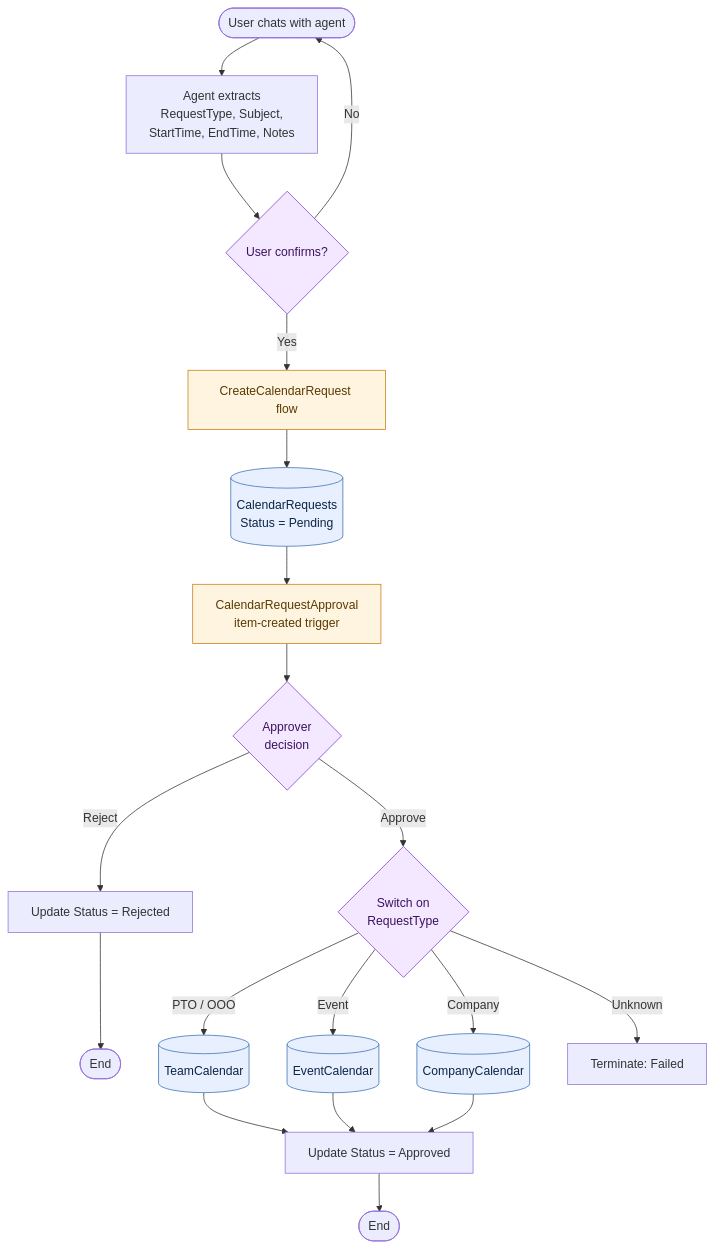
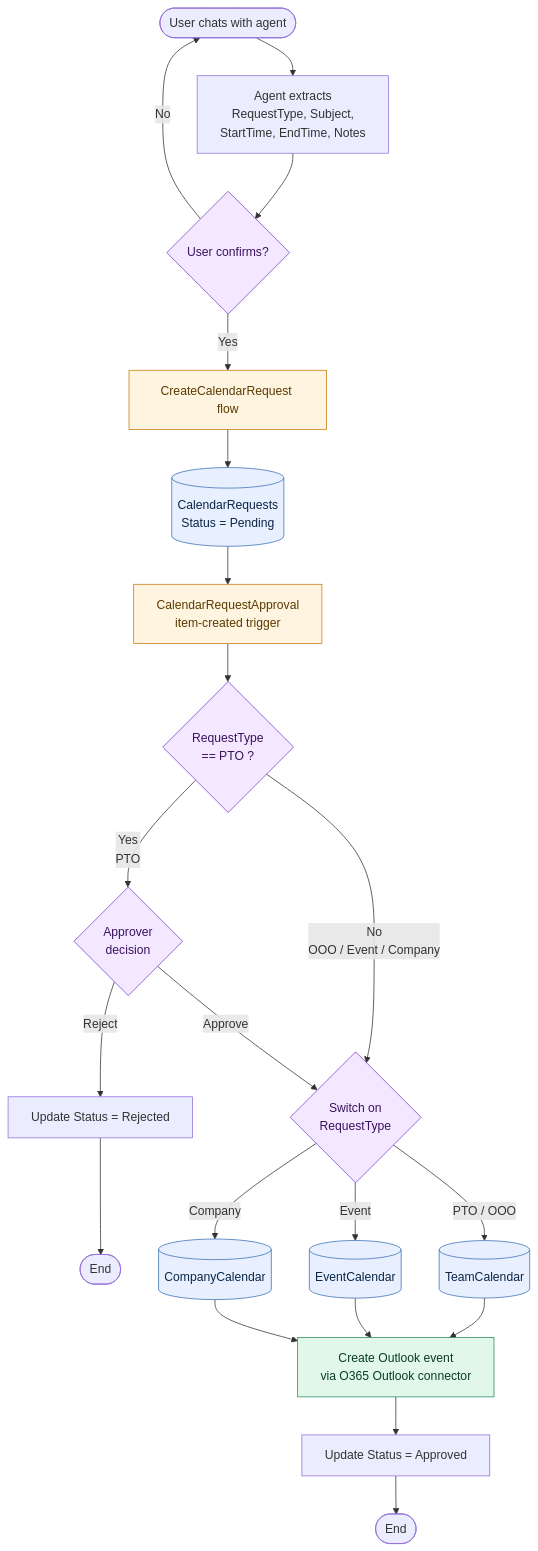
The second of 2 diagrams in docs/flow.md (spetren/calendar-request-approval-lab), drawn with Mermaid before and after one commit. The commit also changed other lines of this file and 3 other files, not shown here.

Commit message:
Reflect actual behavior: only PTO needs approval; dual write to SharePoint + Outlook

````diff
--- a/docs/flow.md
+++ b/docs/flow.md
@@ -39,28 +52,36 @@
 ```mermaid
 flowchart TD
     Start([User chats with agent]) --> Extract[Agent extracts<br/>RequestType, Subject,<br/>StartTime, EndTime, Notes]
     Extract --> Confirm{User confirms?}
     Confirm -- No --> Start
     Confirm -- Yes --> CreateFlow[CreateCalendarRequest flow]
     CreateFlow --> Inbox[(CalendarRequests<br/>Status = Pending)]
     Inbox --> Trigger[CalendarRequestApproval<br/>item-created trigger]
-    Trigger --> Approval{Approver<br/>decision}
+    Trigger --> NeedsApproval{RequestType<br/>== PTO ?}
+
+    NeedsApproval -- No<br/>OOO / Event / Company --> Switch
+    NeedsApproval -- Yes<br/>PTO --> Approval{Approver<br/>decision}
     Approval -- Reject --> Reject[Update Status = Rejected]
     Reject --> EndR([End])
     Approval -- Approve --> Switch{Switch on<br/>RequestType}
+
     Switch -- PTO / OOO --> Team[(TeamCalendar)]
     Switch -- Event --> Event[(EventCalendar)]
     Switch -- Company --> Company[(CompanyCalendar)]
-    Switch -- Unknown --> Fail[Terminate: Failed]
-    Team --> Approved[Update Status = Approved]
-    Event --> Approved
-    Company --> Approved
+
+    Team --> Outlook[Create Outlook event<br/>via O365 Outlook connector]
+    Event --> Outlook
+    Company --> Outlook
+
+    Outlook --> Approved[Update Status = Approved]
     Approved --> EndA([End])
 
     classDef store fill:#e8f0ff,stroke:#3b6fb6,color:#0b2545;
     classDef flow fill:#fff4e0,stroke:#c97e10,color:#5a3a00;
     classDef decision fill:#f3e8ff,stroke:#7e3fc8,color:#3b125f;
+    classDef outlook fill:#e0f7e9,stroke:#2e8b57,color:#0b3d20;
     class Inbox,Team,Event,Company store;
     class CreateFlow,Trigger flow;
-    class Confirm,Approval,Switch decision;
+    class NeedsApproval,Confirm,Approval,Switch decision;
+    class Outlook outlook;
 ```
````
